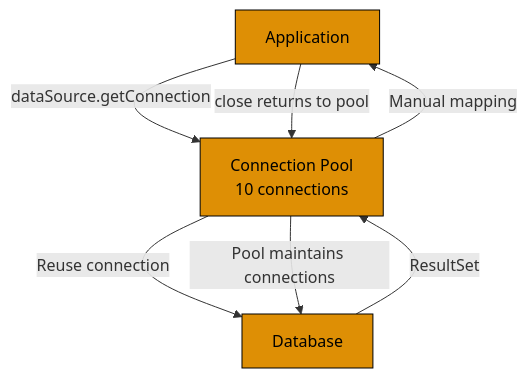
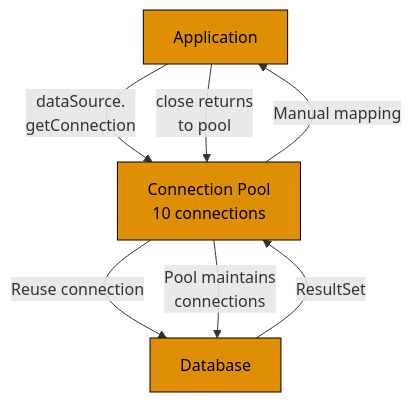
Before and after one commit to wahidyankf/ose-public: the third of 4 diagrams in repo-governance/conventions/tutorials/in-the-field/guide-structure-part4-oauth-and-database-flow.md, drawn with Mermaid. The commit also changed other lines of this file and 220 other files, not shown here.

First line of the commit message:
docs: split mermaid labels to 20 graphemes and add palette defaults

````diff
--- a/repo-governance/conventions/tutorials/in-the-field/guide-structure-part4-oauth-and-database-flow.md
+++ b/repo-governance/conventions/tutorials/in-the-field/guide-structure-part4-oauth-and-database-flow.md
@@ -53,15 +55,16 @@
 ```mermaid
 %% Color Palette: Blue #0173B2, Orange #DE8F05, Teal #029E73, Purple #CC78BC
 graph TD
     accTitle: Guide Structure Part 4: OAuth and Database Flow Diagrams (3)
     accDescr: Application leads to Connection Pool 10 connections via dataSource.getConnection; Connection Pool 10 connections leads to Database via Reuse connection; Database leads to Connection Pool 10 connections via ResultSet; and 3 more links.
-    B1[Application] -->|dataSource.getConnection| B2[Connection Pool<br/>10 connections]
+    B1[Application] -->|dataSource.<br/>getConnection| B2[Connection Pool<br/>10 connections]
     B2 -->|Reuse connection| B3[Database]
     B3 -->|ResultSet| B2
     B2 -->|Manual mapping| B1
-    B1 -->|close returns to pool| B2
-    B2 -->|Pool maintains connections| B3
+    B1 -->|close returns<br/>to pool| B2
+    B2 -->|Pool maintains<br/>connections| B3
 
     classDef orange fill:#DE8F05,stroke:#000000,color:#000000
     class B1,B2,B3 orange
+    classDef default fill:#0173B2,stroke:#000000,color:#FFFFFF
 ```
````
